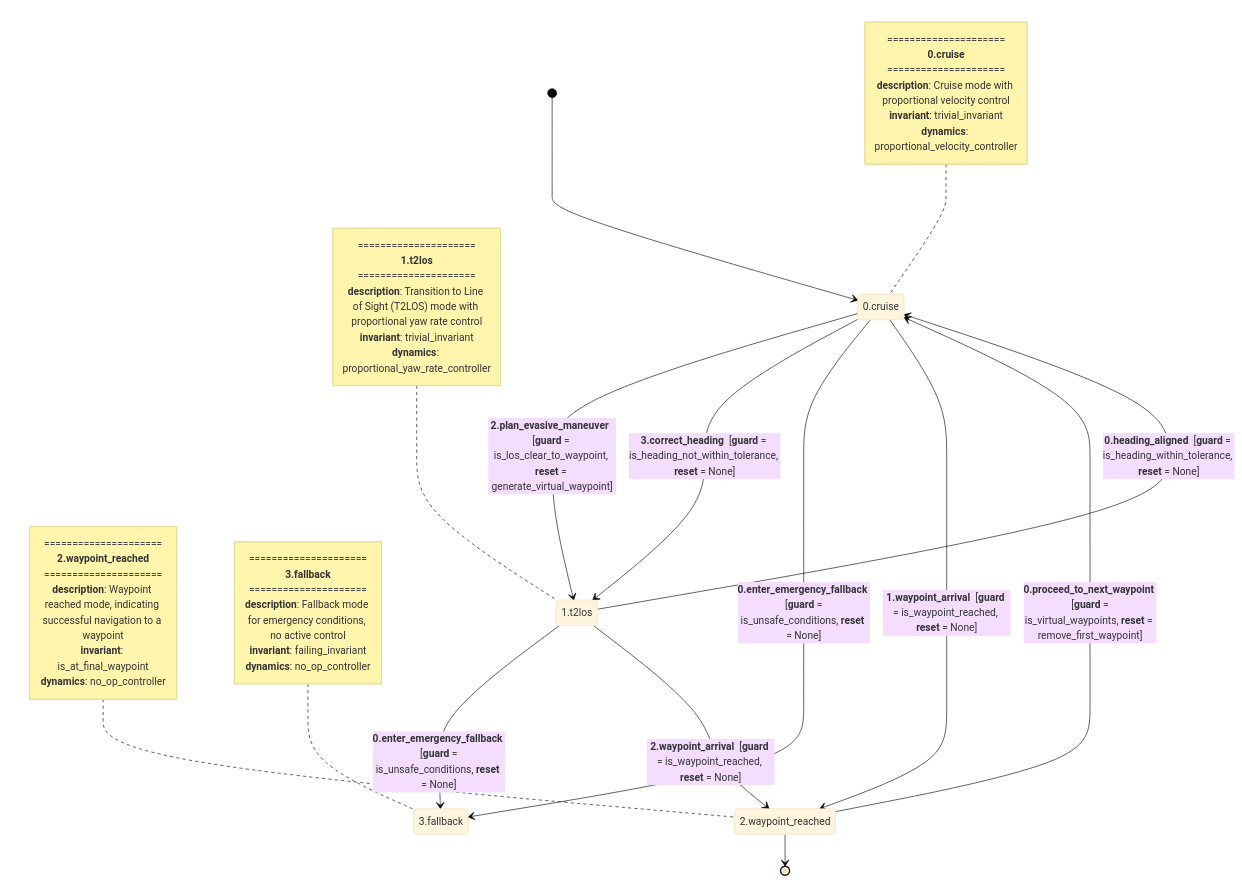
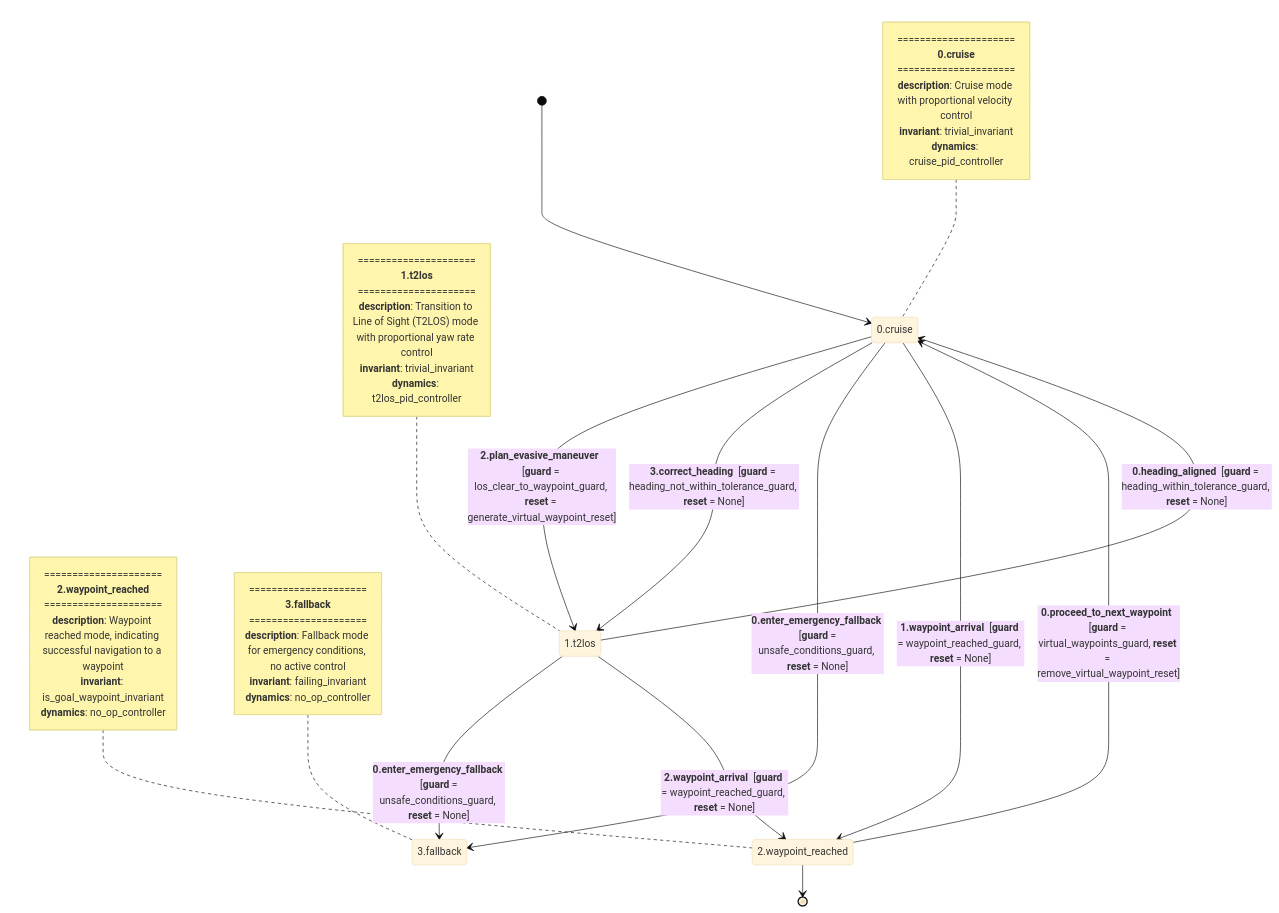
One commit to rymc-dev/hybraut_nav changed the diagram in colav_hybrid_automaton/colav_hybrid_automaton/automaton/_internal/.github/assets/diagrams/colav_hybrid_automaton.famd.mmd. Above: the diagram before and after it, drawn with Mermaid (base theme). The commit also changed 6 other files, not shown here.

```diff
--- a/colav_hybrid_automaton/colav_hybrid_automaton/automaton/_internal/.github/assets/diagrams/colav_hybrid_automaton.famd.mmd
+++ b/colav_hybrid_automaton/colav_hybrid_automaton/automaton/_internal/.github/assets/diagrams/colav_hybrid_automaton.famd.mmd
@@ -1,58 +1,58 @@
 stateDiagram-v2
     %% colav_hybrid_automaton State Diagram
 
     %% Initial Mode
     [*] --> cruise
 
     %% Modes
     cruise : 0.cruise
     note left of cruise
         =====================
         <b>0.cruise</b>
         =====================
         <b>description</b>: Cruise mode with proportional velocity control
         <b>invariant</b>: trivial_invariant
-        <b>dynamics</b>: proportional_velocity_controller
+        <b>dynamics</b>: cruise_pid_controller
     end note
 
     t2los : 1.t2los
     note left of t2los
         =====================
         <b>1.t2los</b>
         =====================
         <b>description</b>: Transition to Line of Sight (T2LOS) mode with proportional yaw rate control
         <b>invariant</b>: trivial_invariant
-        <b>dynamics</b>: proportional_yaw_rate_controller
+        <b>dynamics</b>: t2los_pid_controller
     end note
 
     waypoint_reached : 2.waypoint_reached
     note left of waypoint_reached
         =====================
         <b>2.waypoint_reached</b>
         =====================
         <b>description</b>: Waypoint reached mode, indicating successful navigation to a waypoint
-        <b>invariant</b>: is_at_final_waypoint
+        <b>invariant</b>: is_goal_waypoint_invariant
         <b>dynamics</b>: no_op_controller
     end note
 
     fallback : 3.fallback
     note left of fallback
         =====================
         <b>3.fallback</b>
         =====================
         <b>description</b>: Fallback mode for emergency conditions, no active control
         <b>invariant</b>: failing_invariant
         <b>dynamics</b>: no_op_controller
     end note
 
     %% Transitions
-    cruise --> t2los : <b>2.plan_evasive_maneuver</b>  [<b>guard</b> = is_los_clear_to_waypoint, <b>reset</b> = generate_virtual_waypoint]
-    cruise --> t2los : <b>3.correct_heading</b>  [<b>guard</b> = is_heading_not_within_tolerance, <b>reset</b> = None]
-    cruise --> fallback : <b>0.enter_emergency_fallback</b>  [<b>guard</b> = is_unsafe_conditions, <b>reset</b> = None]
-    t2los --> fallback : <b>0.enter_emergency_fallback</b>  [<b>guard</b> = is_unsafe_conditions, <b>reset</b> = None]
-    cruise --> waypoint_reached : <b>1.waypoint_arrival</b>  [<b>guard</b> = is_waypoint_reached, <b>reset</b> = None]
-    t2los --> waypoint_reached : <b>2.waypoint_arrival</b>  [<b>guard</b> = is_waypoint_reached, <b>reset</b> = None]
-    t2los --> cruise : <b>0.heading_aligned</b>  [<b>guard</b> = is_heading_within_tolerance, <b>reset</b> = None]
-    waypoint_reached --> cruise : <b>0.proceed_to_next_waypoint</b>  [<b>guard</b> = is_virtual_waypoints, <b>reset</b> = remove_first_waypoint]
+    cruise --> t2los : <b>2.plan_evasive_maneuver</b>  [<b>guard</b> = los_clear_to_waypoint_guard, <b>reset</b> = generate_virtual_waypoint_reset]
+    cruise --> t2los : <b>3.correct_heading</b>  [<b>guard</b> = heading_not_within_tolerance_guard, <b>reset</b> = None]
+    cruise --> fallback : <b>0.enter_emergency_fallback</b>  [<b>guard</b> = unsafe_conditions_guard, <b>reset</b> = None]
+    t2los --> fallback : <b>0.enter_emergency_fallback</b>  [<b>guard</b> = unsafe_conditions_guard, <b>reset</b> = None]
+    cruise --> waypoint_reached : <b>1.waypoint_arrival</b>  [<b>guard</b> = waypoint_reached_guard, <b>reset</b> = None]
+    t2los --> waypoint_reached : <b>2.waypoint_arrival</b>  [<b>guard</b> = waypoint_reached_guard, <b>reset</b> = None]
+    t2los --> cruise : <b>0.heading_aligned</b>  [<b>guard</b> = heading_within_tolerance_guard, <b>reset</b> = None]
+    waypoint_reached --> cruise : <b>0.proceed_to_next_waypoint</b>  [<b>guard</b> = virtual_waypoints_guard, <b>reset</b> = remove_virtual_waypoint_reset]
     %% Goal Modes
     waypoint_reached --> [*]
```
